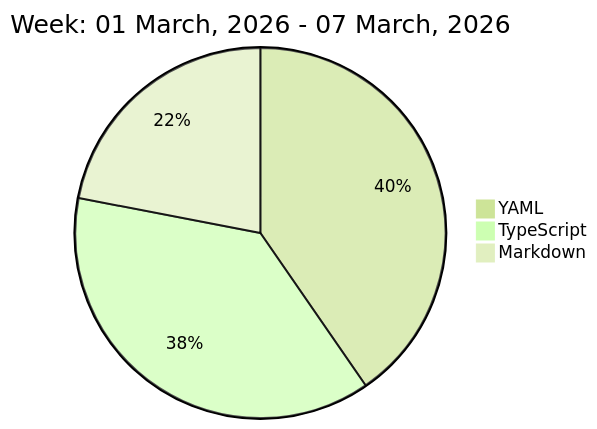
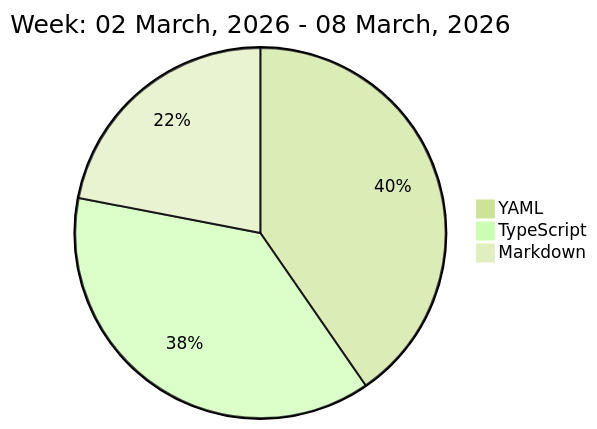
The diagram in README.md (liubin95/liubin95), drawn with Mermaid (forest theme) before and after one commit.

Commit message:
Updated the Graph with new Metrics

````diff
--- a/README.md
+++ b/README.md
@@ -37,7 +37,7 @@
 ```mermaid
  pie
-title Week: 01 March, 2026 - 07 March, 2026
+title Week: 02 March, 2026 - 08 March, 2026
  "YAML" : 5.33
  "TypeScript" : 4.97
  "Markdown" : 2.9
 ```
````
